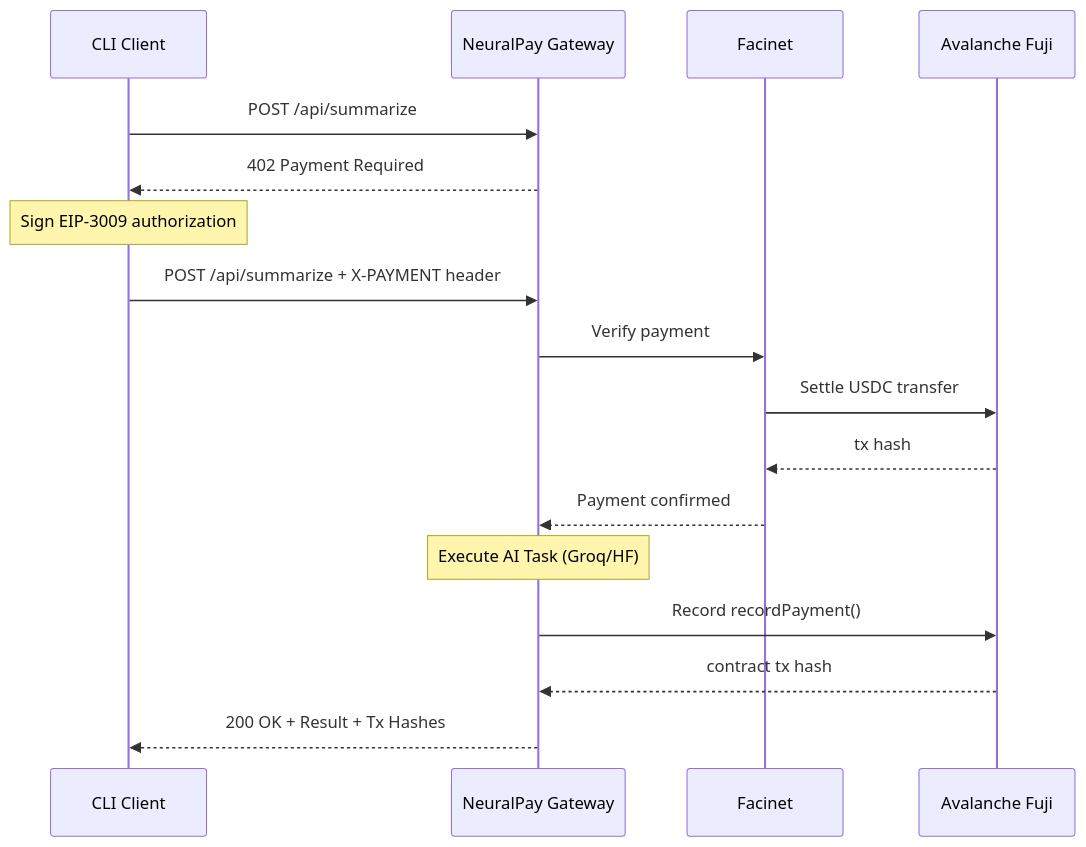
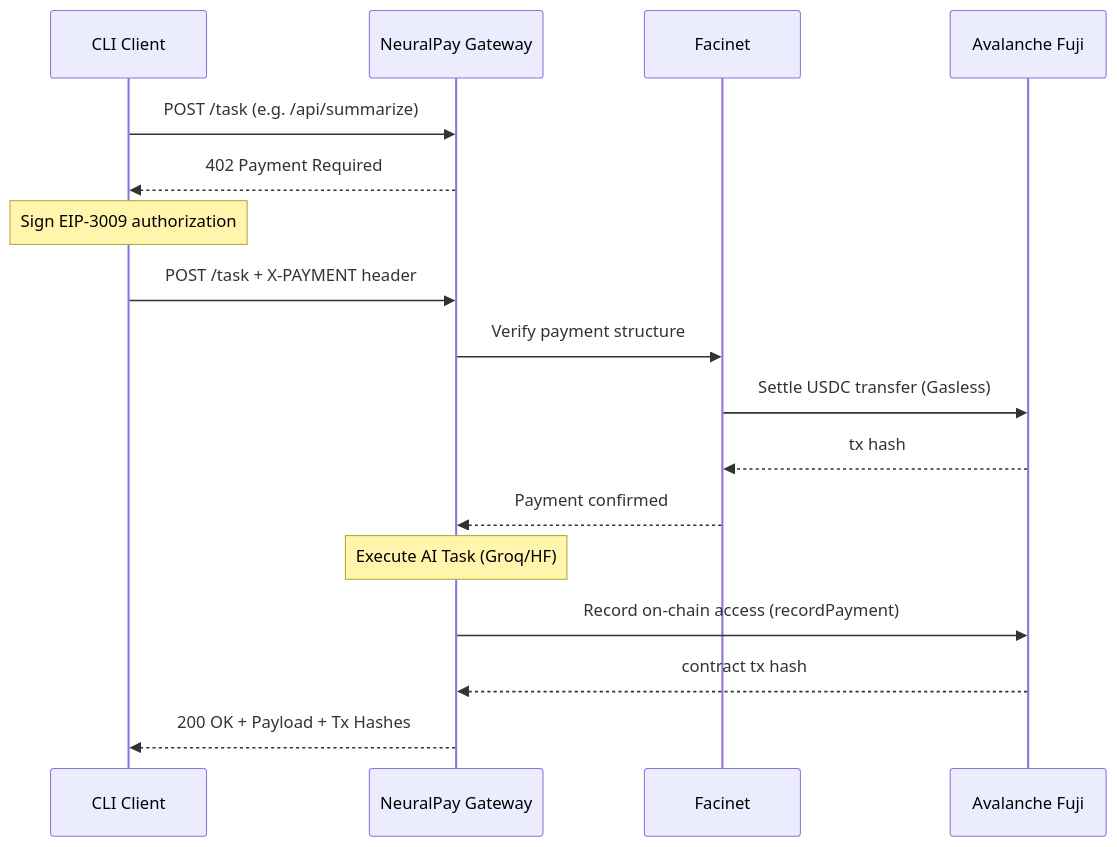
One commit to sohansarkar07/MMM changed the third of 3 diagrams in README.md. Above: the diagram before and after it, drawn with Mermaid. The commit also changed other lines of this file, not shown here.

Commit message:
docs: Add task pipeline architecture flowchart mimicking 4-agent pipeline style

````diff
--- a/README.md
+++ b/README.md
@@ -82,25 +123,25 @@
 ```mermaid
 sequenceDiagram
     participant C as CLI Client
     participant G as NeuralPay Gateway
     participant F as Facinet
     participant A as Avalanche Fuji
 
-    C->>G: POST /api/summarize
+    C->>G: POST /task (e.g. /api/summarize)
     G-->>C: 402 Payment Required
     
     Note over C: Sign EIP-3009 authorization
     
-    C->>G: POST /api/summarize + X-PAYMENT header
-    G->>F: Verify payment
-    F->>A: Settle USDC transfer
+    C->>G: POST /task + X-PAYMENT header
+    G->>F: Verify payment structure
+    F->>A: Settle USDC transfer (Gasless)
     A-->>F: tx hash
     F-->>G: Payment confirmed
     
     Note over G: Execute AI Task (Groq/HF)
     
-    G->>A: Record recordPayment()
+    G->>A: Record on-chain access (recordPayment)
     A-->>G: contract tx hash
     
-    G-->>C: 200 OK + Result + Tx Hashes
+    G-->>C: 200 OK + Payload + Tx Hashes
 ```
````
